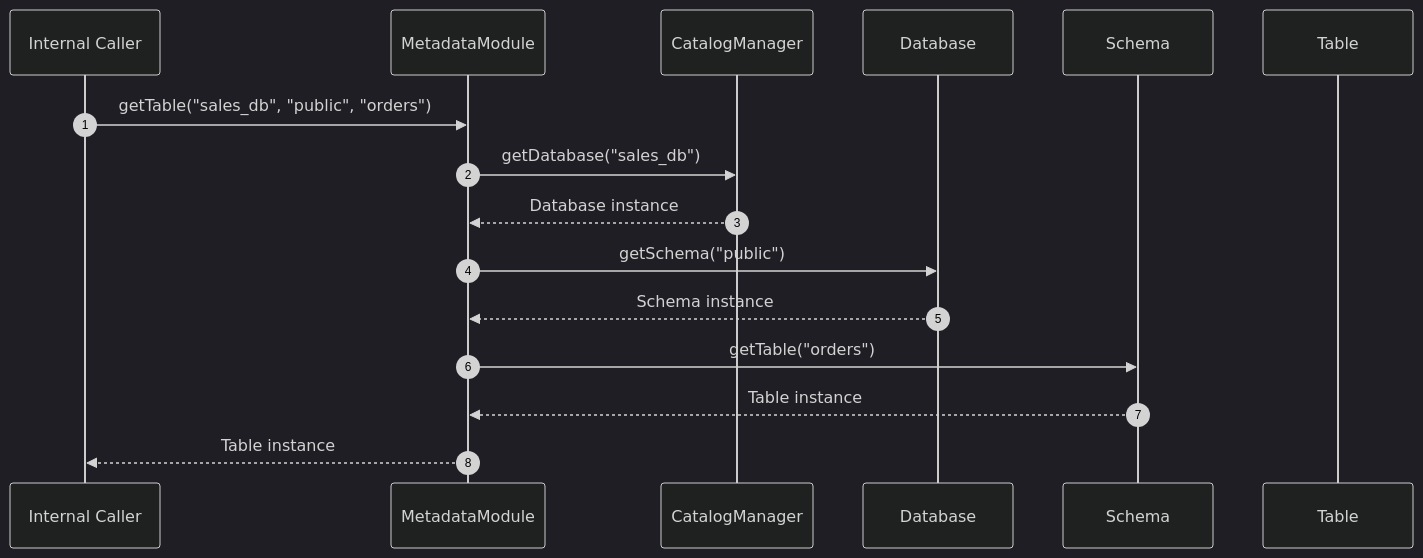
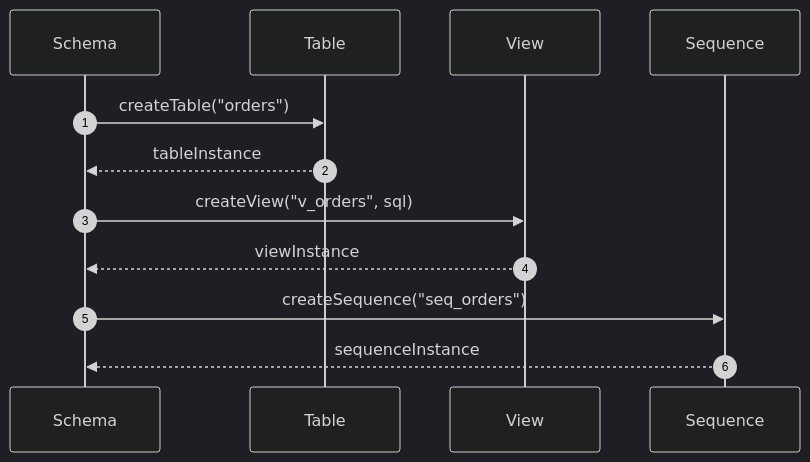
The fifth of 15 diagrams in docs/design_patterns/metadata/Sequece.md (Dikhang1112/Database_Management_BBV), drawn with Mermaid (dark theme) before and after one commit. The commit also changed other lines of this file and 2 other files, not shown here.

Commit message:
Refactor class diagram follow desgin pattern and document

````diff
--- a/docs/design_patterns/metadata/Sequece.md
+++ b/docs/design_patterns/metadata/Sequece.md
@@ -190,19 +119,17 @@
 ```mermaid
 sequenceDiagram
     autonumber
-    participant Caller as Internal Caller
-    participant Facade as MetadataModule
-    participant CM as CatalogManager
-    participant DB as Database
     participant Schema as Schema
     participant Table as Table
+    participant View as View
+    participant Sequence as Sequence
 
-    Caller->>Facade: getTable("sales_db", "public", "orders")
-    Facade->>CM: getDatabase("sales_db")
-    CM-->>Facade: Database instance
-    Facade->>DB: getSchema("public")
-    DB-->>Facade: Schema instance
-    Facade->>Schema: getTable("orders")
-    Schema-->>Facade: Table instance
-    Facade-->>Caller: Table instance
+    Schema->>Table: createTable("orders")
+    Table-->>Schema: tableInstance
+
+    Schema->>View: createView("v_orders", sql)
+    View-->>Schema: viewInstance
+
+    Schema->>Sequence: createSequence("seq_orders")
+    Sequence-->>Schema: sequenceInstance
 ```
````
